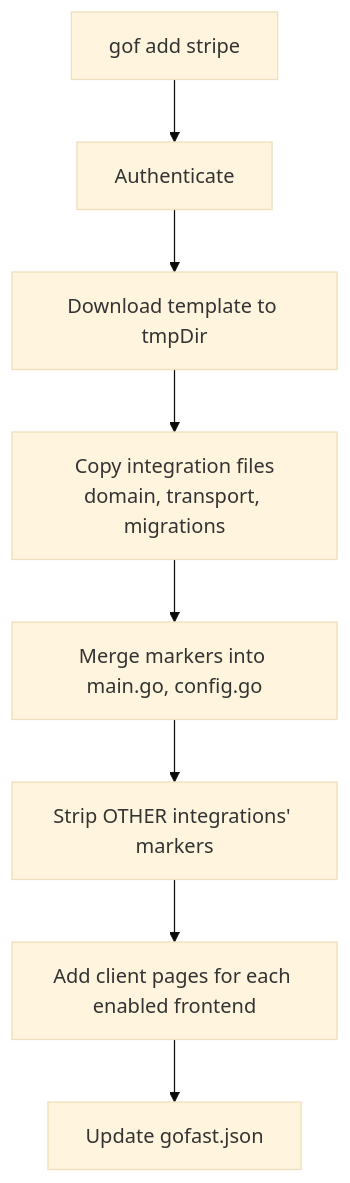
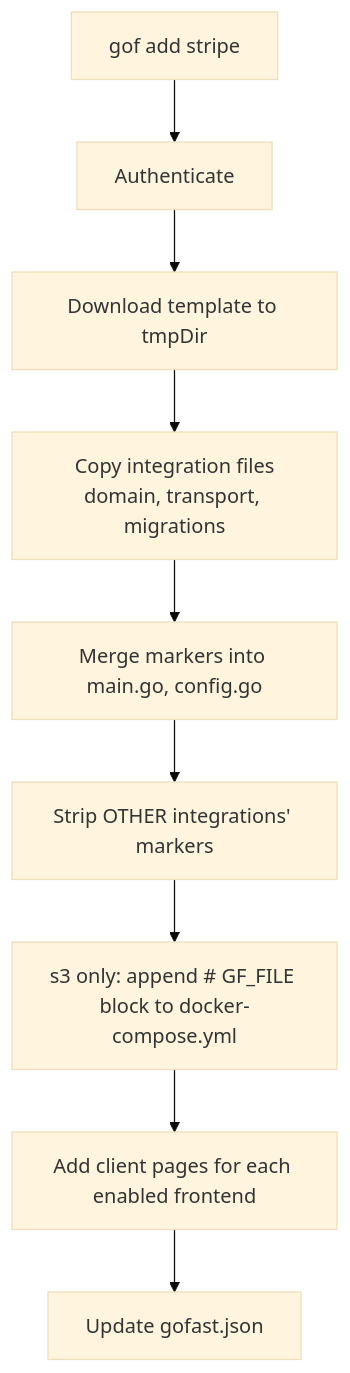
One commit to gofast-live/gofast-cli changed the third of 3 diagrams in CONTEXT.md. Above: the diagram before and after it, drawn with Mermaid (base theme). The commit also changed other lines of this file and 32 other files, not shown here.

````diff
--- a/CONTEXT.md
+++ b/CONTEXT.md
@@ -306,10 +298,11 @@
 ```mermaid
 flowchart TD
   A[gof add stripe] --> B[Authenticate]
   B --> C[Download template to tmpDir]
   C --> D[Copy integration files<br/>domain, transport, migrations]
   D --> E[Merge markers into main.go, config.go]
   E --> F[Strip OTHER integrations' markers]
-  F --> G[Add client pages for each enabled frontend]
+  F --> F2[s3 only: append # GF_FILE block to docker-compose.yml]
+  F2 --> G[Add client pages for each enabled frontend]
   G --> H[Update gofast.json]
 ```
````
